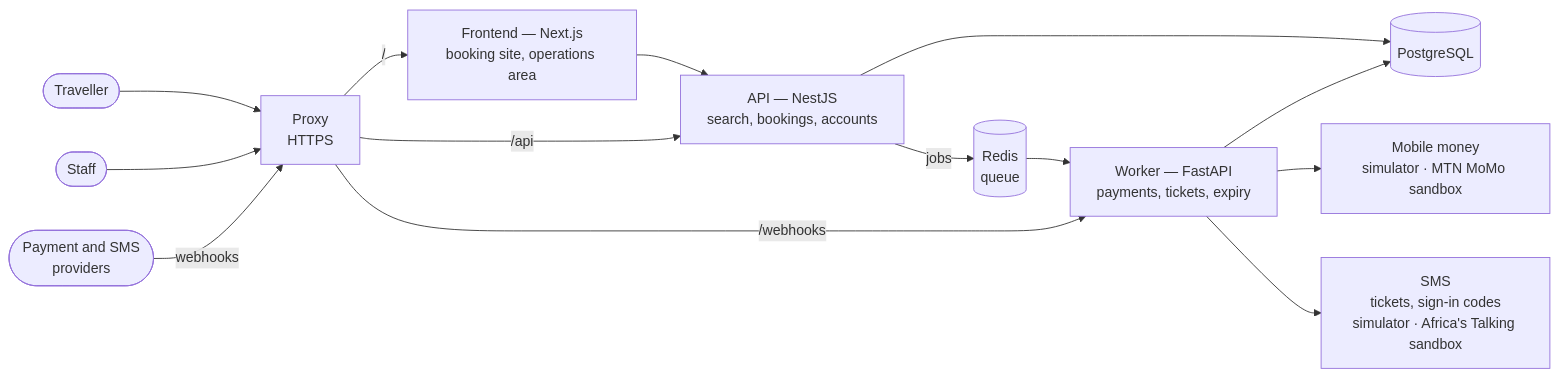
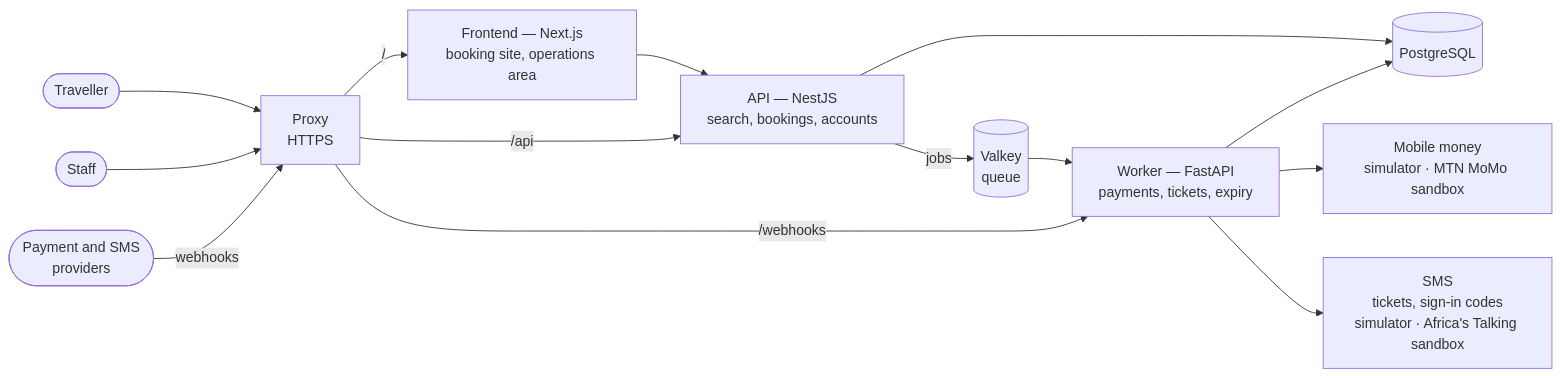
Before and after one commit to CREDO23/devops-lab: the diagram in README.md, drawn with Mermaid. The commit also changed other lines of this file and 4 other files, not shown here.

Commit message:
docs: use Valkey instead of Redis (ADR-0009)

````diff
--- a/README.md
+++ b/README.md
@@ -9,16 +9,16 @@
 ```mermaid
 flowchart LR
     traveller([Traveller]) --> proxy[Proxy<br/>HTTPS]
     ops([Staff]) --> proxy
     providers([Payment and SMS<br/>providers]) -->|webhooks| proxy
     proxy -->|/| web["Frontend — Next.js<br/>booking site, operations area"]
     proxy -->|/api| api["API — NestJS<br/>search, bookings, accounts"]
     proxy -->|/webhooks| worker["Worker — FastAPI<br/>payments, tickets, expiry"]
     web --> api
     api --> db[("PostgreSQL")]
-    api -->|jobs| queue[("Redis<br/>queue")]
+    api -->|jobs| queue[("Valkey<br/>queue")]
     queue --> worker
     worker --> db
     worker --> pay[Mobile money<br/>simulator · MTN MoMo sandbox]
     worker --> sms[SMS<br/>tickets, sign-in codes<br/>simulator · Africa's Talking sandbox]
 ```
````
